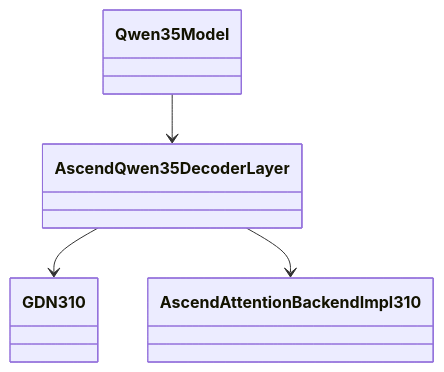
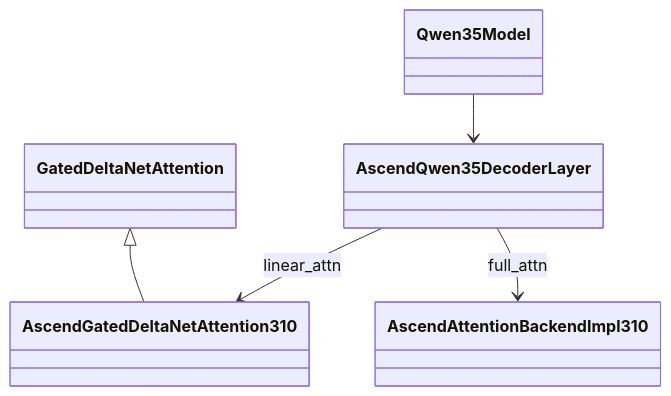
The fifth of 8 diagrams in Work/MTP_DESIGN_310P.md (csoulnd/InferTechNote), drawn with Mermaid before and after one commit. The commit also changed other lines of this file, not shown here.

````diff
--- a/Work/MTP_DESIGN_310P.md
+++ b/Work/MTP_DESIGN_310P.md
@@ -105,11 +159,14 @@
 ```mermaid
 classDiagram
     direction TB
+    class GatedDeltaNetAttention
+    class AscendGatedDeltaNetAttention310
     class Qwen35Model
     class AscendQwen35DecoderLayer
-    class GDN310
     class AscendAttentionBackendImpl310
+
+    GatedDeltaNetAttention <|-- AscendGatedDeltaNetAttention310
     Qwen35Model --> AscendQwen35DecoderLayer
-    AscendQwen35DecoderLayer --> GDN310
-    AscendQwen35DecoderLayer --> AscendAttentionBackendImpl310
+    AscendQwen35DecoderLayer --> AscendGatedDeltaNetAttention310 : linear_attn
+    AscendQwen35DecoderLayer --> AscendAttentionBackendImpl310 : full_attn
 ```
````
